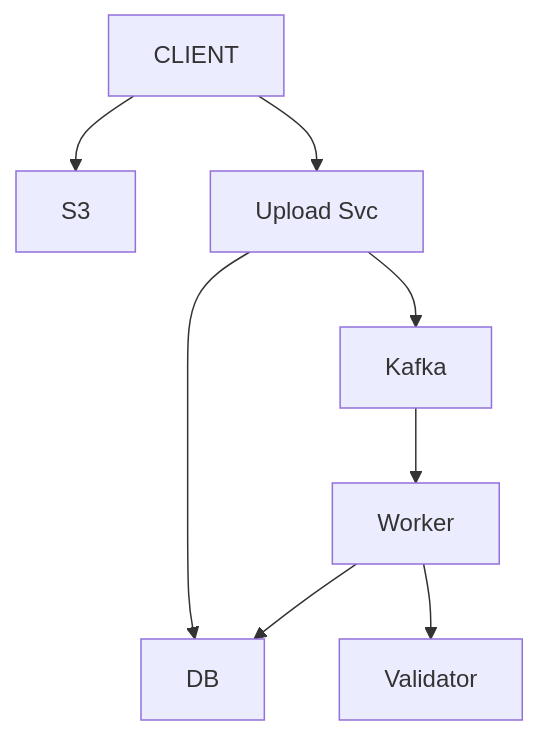
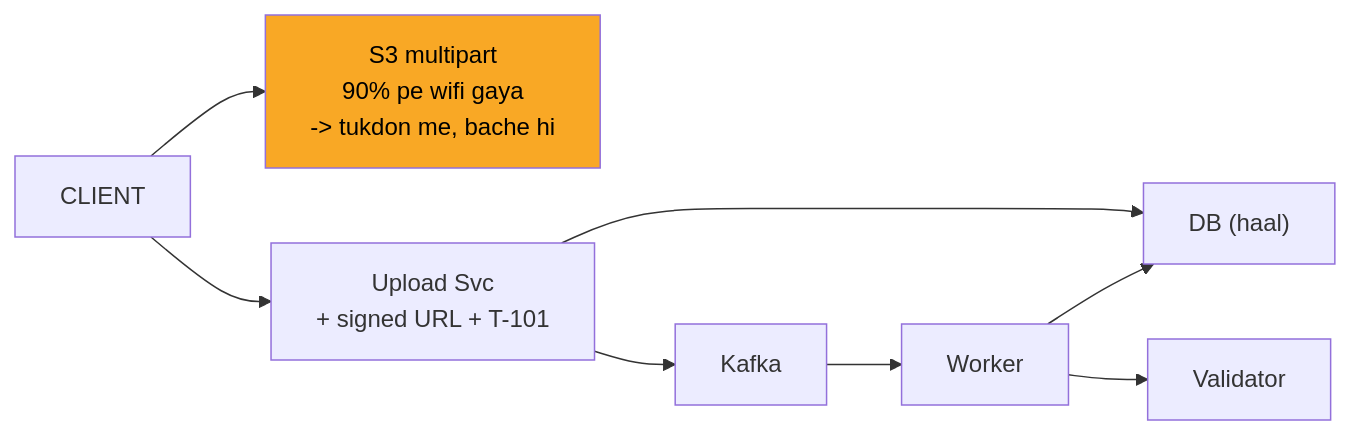
Before and after one commit to ArpanMaheshwari144/Prep: the fourth of 11 diagrams in 04_HLD/SYSTEM_DESIGNS/07_file_upload_validate_system/07_file_upload_INTERVIEW.md, drawn with Mermaid. The commit also changed other lines of this file and 2 other files, not shown here.

Commit message:
notification, payment, file upload: one-day story, short cards, follow-ups with rules, highlighted diagrams

````diff
--- a/04_HLD/SYSTEM_DESIGNS/07_file_upload_validate_system/07_file_upload_INTERVIEW.md
+++ b/04_HLD/SYSTEM_DESIGNS/07_file_upload_validate_system/07_file_upload_INTERVIEW.md
@@ -160,17 +162,18 @@
 ```mermaid
-flowchart TD
+flowchart LR
     n_CLIENT["CLIENT"]
-    n_S3["S3"]
-    n_Upload_Svc["Upload Svc"]
-    n_DB["DB"]
+    n_S3["S3 multipart<br/>90% pe wifi gaya<br/>-> tukdon me, bache hi"]
+    n_Upload_Svc["Upload Svc<br/>+ signed URL + T-101"]
+    n_DB["DB (haal)"]
     n_Kafka["Kafka"]
     n_Worker["Worker"]
     n_Validator["Validator"]
     n_CLIENT --> n_S3
     n_CLIENT --> n_Upload_Svc
     n_Upload_Svc --> n_DB
     n_Upload_Svc --> n_Kafka
     n_Kafka --> n_Worker
     n_Worker --> n_Validator
     n_Worker --> n_DB
+    style n_S3 fill:#f9a825,color:#000
 ```
````
